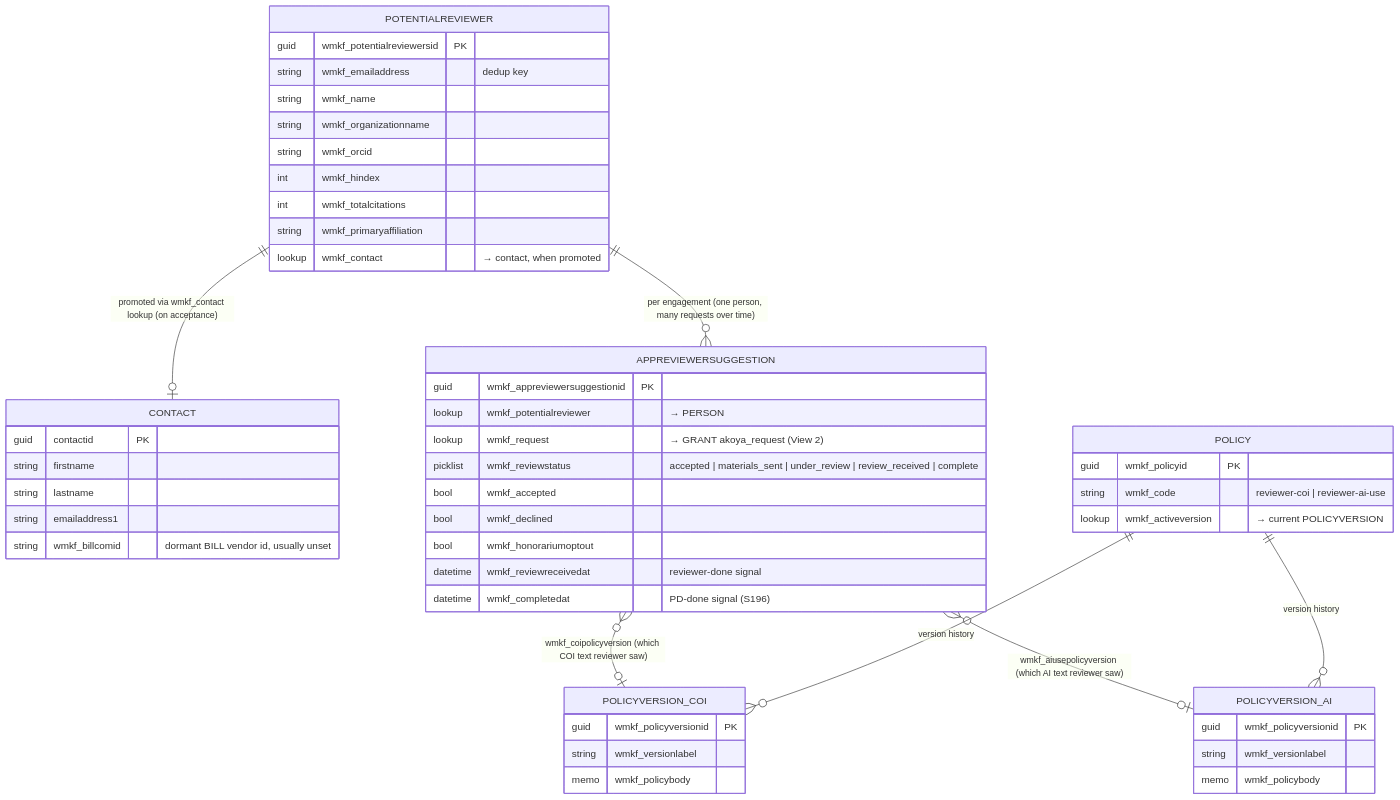
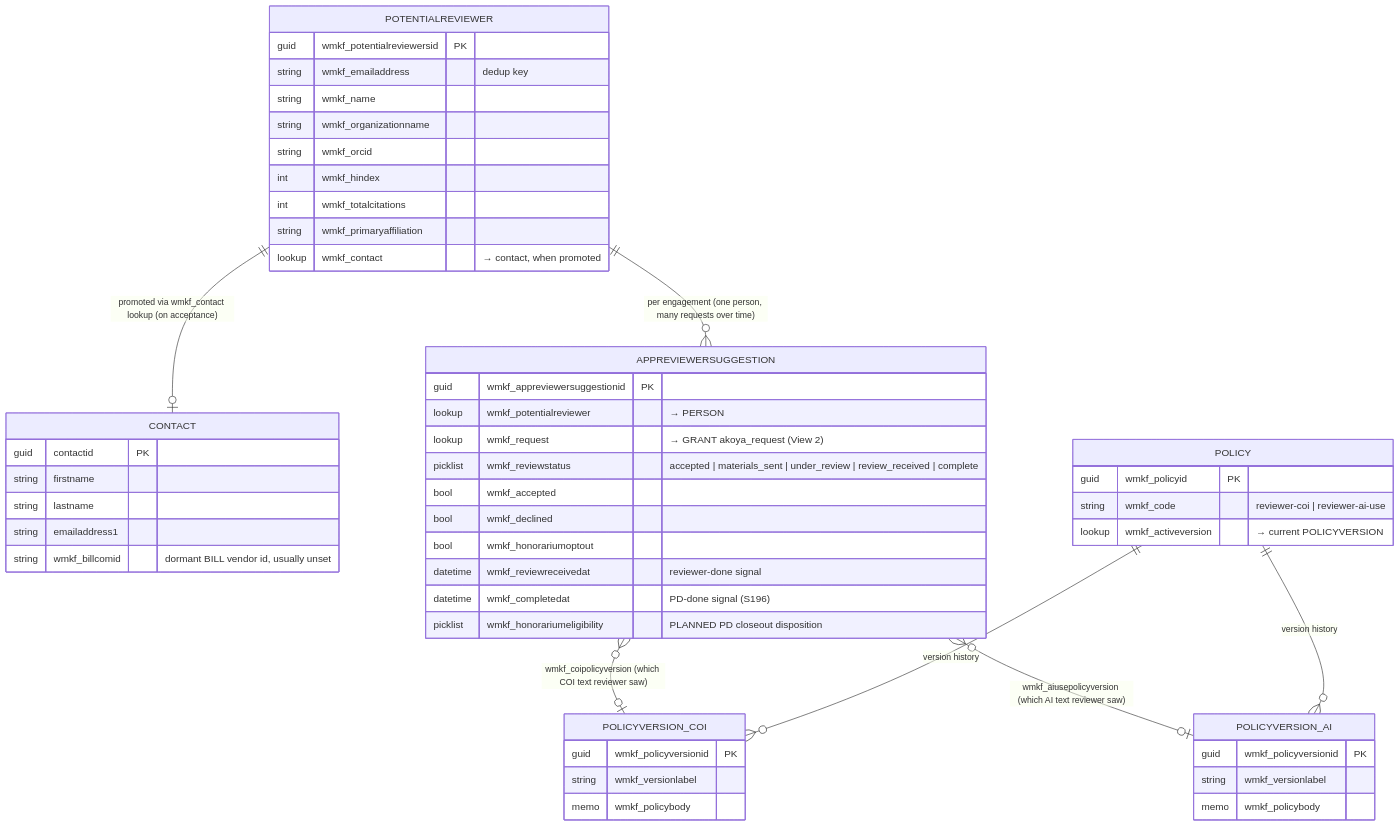
Before and after one commit to justingallivan/wmkf-research-apps: the first of 3 diagrams in docs/REVIEWER_DATA_MODEL.md, drawn with Mermaid. The commit also changed other lines of this file and 9 other files, not shown here.

````diff
--- a/docs/REVIEWER_DATA_MODEL.md
+++ b/docs/REVIEWER_DATA_MODEL.md
@@ -76,55 +85,56 @@
 ```mermaid
 erDiagram
     POTENTIALREVIEWER ||--o| CONTACT : "promoted via wmkf_contact lookup (on acceptance)"
     POTENTIALREVIEWER ||--o{ APPREVIEWERSUGGESTION : "per engagement (one person, many requests over time)"
 
     APPREVIEWERSUGGESTION }o--o| POLICYVERSION_COI : "wmkf_coipolicyversion (which COI text reviewer saw)"
     APPREVIEWERSUGGESTION }o--o| POLICYVERSION_AI  : "wmkf_aiusepolicyversion (which AI text reviewer saw)"
     POLICY ||--o{ POLICYVERSION_COI : "version history"
     POLICY ||--o{ POLICYVERSION_AI  : "version history"
 
     POTENTIALREVIEWER {
         guid wmkf_potentialreviewersid PK
         string wmkf_emailaddress "dedup key"
         string wmkf_name
         string wmkf_organizationname
         string wmkf_orcid
         int    wmkf_hindex
         int    wmkf_totalcitations
         string wmkf_primaryaffiliation
         lookup wmkf_contact "→ contact, when promoted"
     }
     CONTACT {
         guid contactid PK
         string firstname
         string lastname
         string emailaddress1
         string wmkf_billcomid "dormant BILL vendor id, usually unset"
     }
     APPREVIEWERSUGGESTION {
         guid wmkf_appreviewersuggestionid PK
         lookup wmkf_potentialreviewer "→ PERSON"
         lookup wmkf_request "→ GRANT akoya_request (View 2)"
         picklist wmkf_reviewstatus "accepted | materials_sent | under_review | review_received | complete"
         bool wmkf_accepted
         bool wmkf_declined
         bool wmkf_honorariumoptout
         datetime wmkf_reviewreceivedat "reviewer-done signal"
         datetime wmkf_completedat "PD-done signal (S196)"
+        picklist wmkf_honorariumeligibility "PLANNED PD closeout disposition"
     }
     POLICY {
         guid wmkf_policyid PK
         string wmkf_code "reviewer-coi | reviewer-ai-use"
         lookup wmkf_activeversion "→ current POLICYVERSION"
     }
     POLICYVERSION_COI {
         guid wmkf_policyversionid PK
         string wmkf_versionlabel
         memo wmkf_policybody
     }
     POLICYVERSION_AI {
         guid wmkf_policyversionid PK
         string wmkf_versionlabel
         memo wmkf_policybody
     }
 ```
````
